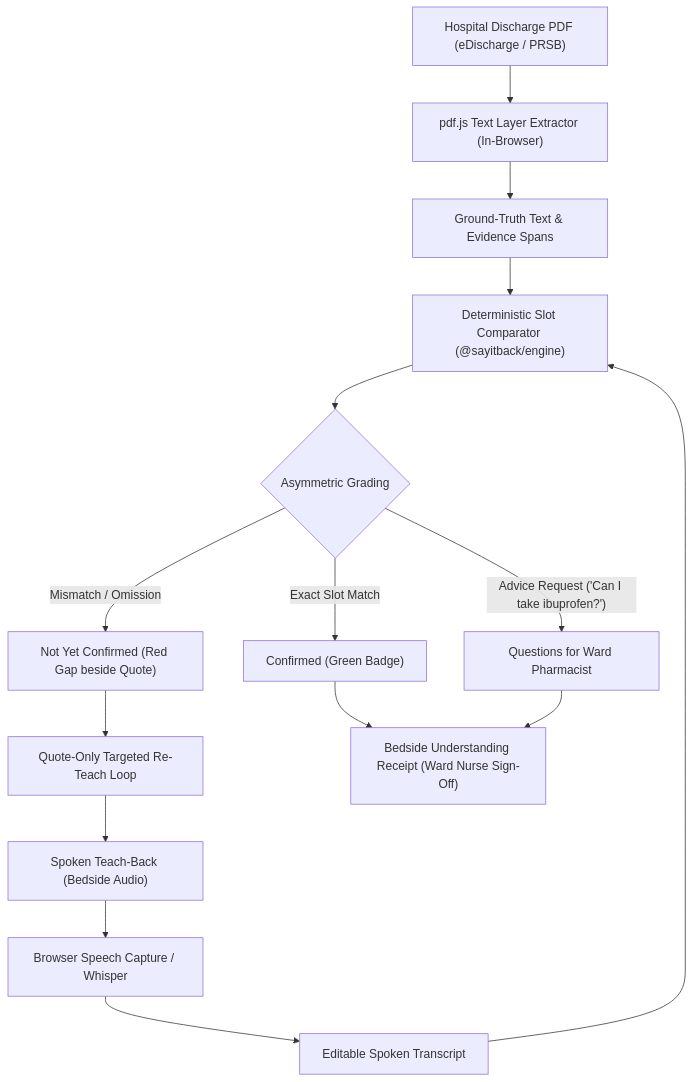
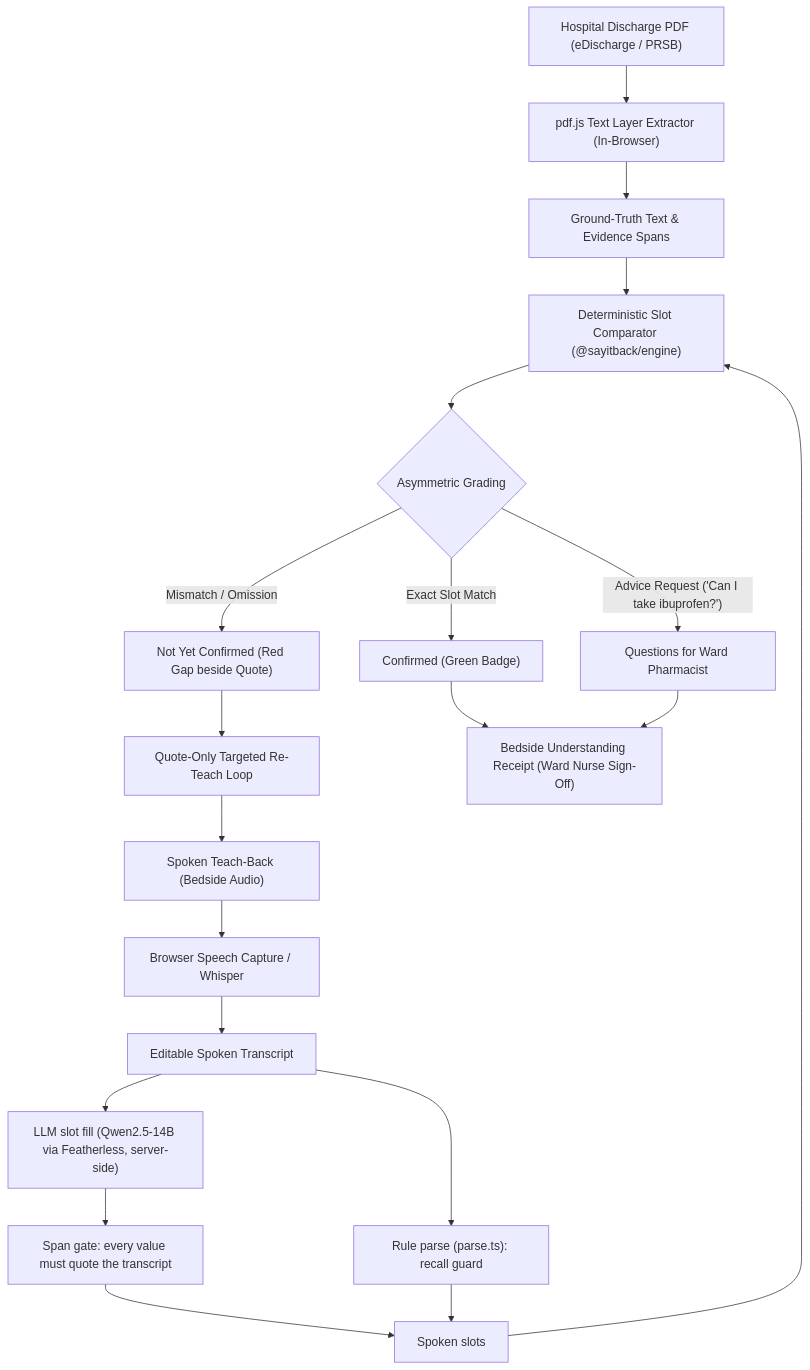
Before and after one commit to badma025/SayItBack: the diagram in README.md, drawn with Mermaid. The commit also changed other lines of this file and 35 other files, not shown here.

First line of the commit message:
Add LLM extraction layer with span-grounded slots and rules fallback

````diff
--- a/README.md
+++ b/README.md
@@ -46,20 +46,24 @@
 ```mermaid
 flowchart TD
     PDF["Hospital Discharge PDF (eDischarge / PRSB)"] --> PDFJS["pdf.js Text Layer Extractor (In-Browser)"]
     PDFJS --> GT["Ground-Truth Text & Evidence Spans"]
     
     VOICE["Spoken Teach-Back (Bedside Audio)"] --> ASR["Browser Speech Capture / Whisper"]
     ASR --> TRANS["Editable Spoken Transcript"]
+    TRANS --> LLM["LLM slot fill (Qwen2.5-14B via Featherless, server-side)"]
+    LLM --> SPANS["Span gate: every value must quote the transcript"]
+    TRANS --> RULES["Rule parse (parse.ts): recall guard"]
+    SPANS & RULES --> SLOTS["Spoken slots"]
     
-    GT & TRANS --> COMP["Deterministic Slot Comparator (@sayitback/engine)"]
+    GT & SLOTS --> COMP["Deterministic Slot Comparator (@sayitback/engine)"]
     
     COMP --> ASYM{"Asymmetric Grading"}
     ASYM -- "Exact Slot Match" --> GREEN["Confirmed (Green Badge)"]
     ASYM -- "Mismatch / Omission" --> RED["Not Yet Confirmed (Red Gap beside Quote)"]
     ASYM -- "Advice Request ('Can I take ibuprofen?')" --> PHARM["Questions for Ward Pharmacist"]
     
     RED --> RETEACH["Quote-Only Targeted Re-Teach Loop"]
     RETEACH --> VOICE
     
     GREEN & PHARM --> RECEIPT["Bedside Understanding Receipt (Ward Nurse Sign-Off)"]
 ```
````
